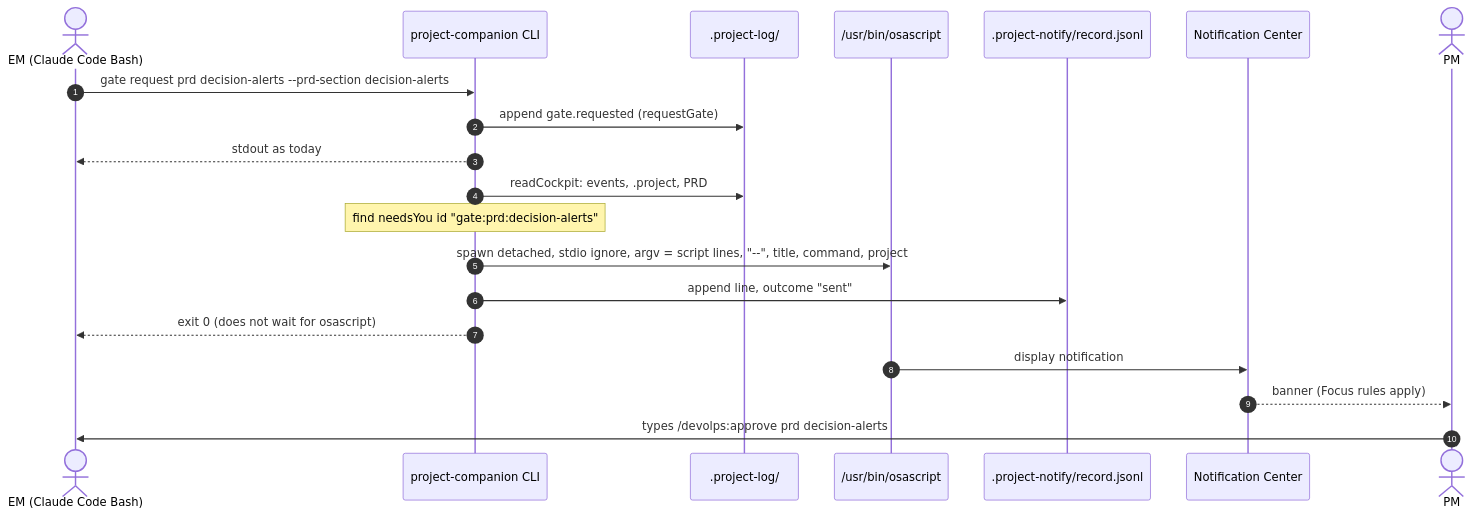
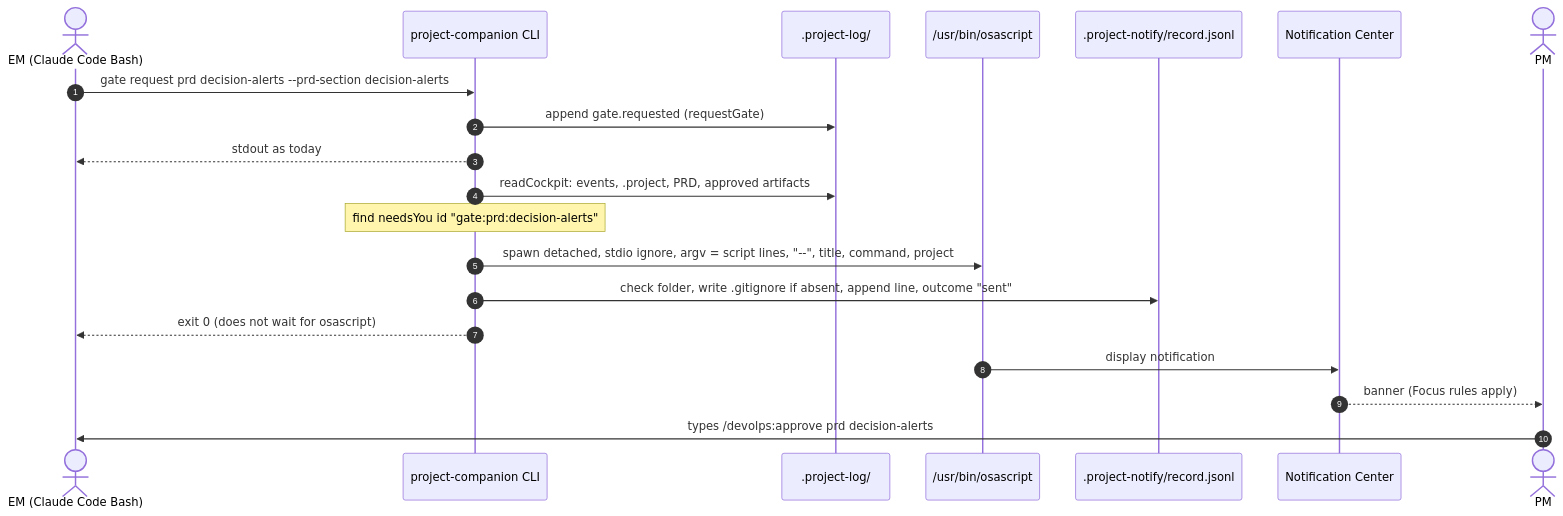
The fourth of 5 diagrams in specs/decision-alerts/design.md (QuantumWars/project-companion), drawn with Mermaid before and after one commit. The commit also changed other lines of this file and 2 other files, not shown here.

````diff
--- a/specs/decision-alerts/design.md
+++ b/specs/decision-alerts/design.md
@@ -145,22 +161,22 @@
 ```mermaid
 sequenceDiagram
     autonumber
     actor EM as EM (Claude Code Bash)
     participant CLI as project-companion CLI
     participant LOG as .project-log/
     participant N as /usr/bin/osascript
     participant REC as .project-notify/record.jsonl
     participant NC as Notification Center
     actor PM
     EM->>CLI: gate request prd decision-alerts --prd-section decision-alerts
     CLI->>LOG: append gate.requested (requestGate)
     CLI-->>EM: stdout as today
-    CLI->>LOG: readCockpit: events, .project, PRD
+    CLI->>LOG: readCockpit: events, .project, PRD, approved artifacts
     Note over CLI: find needsYou id "gate:prd:decision-alerts"
     CLI->>N: spawn detached, stdio ignore, argv = script lines, "--", title, command, project
-    CLI->>REC: append line, outcome "sent"
+    CLI->>REC: check folder, write .gitignore if absent, append line, outcome "sent"
     CLI-->>EM: exit 0 (does not wait for osascript)
     N->>NC: display notification
     NC-->>PM: banner (Focus rules apply)
     PM->>EM: types /devolps:approve prd decision-alerts
 ```
````
